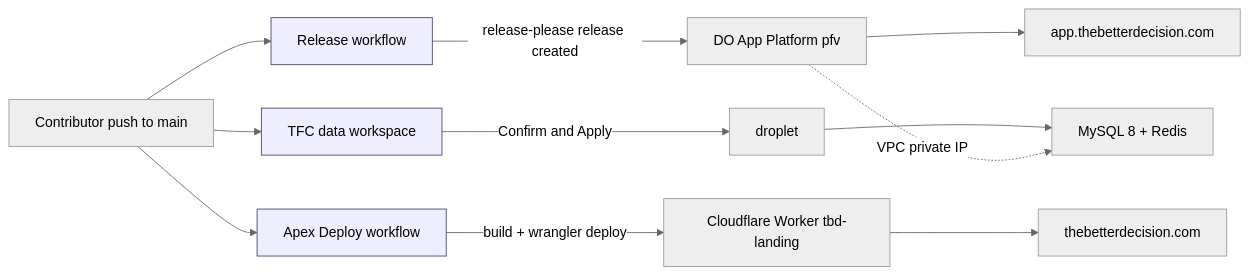
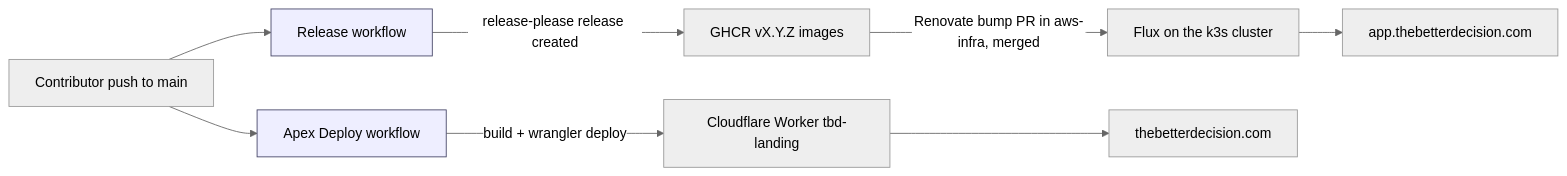
The first of 5 diagrams in docs/operations/DEPLOYMENT.md (fjcloudaiconsulting/tbd), drawn with Mermaid (neutral theme) before and after one commit. The commit also changed other lines of this file and 105 other files, not shown here.

````diff
--- a/docs/operations/DEPLOYMENT.md
+++ b/docs/operations/DEPLOYMENT.md
@@ -19,19 +18,15 @@
 ```mermaid
 flowchart LR
   dev[Contributor push to main] --> rel[Release workflow]
   dev --> apex[Apex Deploy workflow]
-  dev --> tfc1[TFC data workspace]
 
-  rel -->|release-please release created| do[DO App Platform pfv]
-  do --> appurl[app.thebetterdecision.com]
+  rel -->|release-please release created| ghcr[GHCR vX.Y.Z images]
+  ghcr -->|Renovate bump PR in aws-infra, merged| flux[Flux on the k3s cluster]
+  flux --> appurl[app.thebetterdecision.com]
 
   apex -->|build + wrangler deploy| worker[Cloudflare Worker tbd-landing]
   worker --> apexurl[thebetterdecision.com]
 
-  tfc1 -->|Confirm and Apply| droplet[<data-droplet> droplet]
-  droplet --> db[MySQL 8 + Redis]
-  do -.->|VPC private IP| db
-
   classDef pipe fill:#eef,stroke:#446
-  class rel,apex,tfc1 pipe
+  class rel,apex pipe
 ```
````
